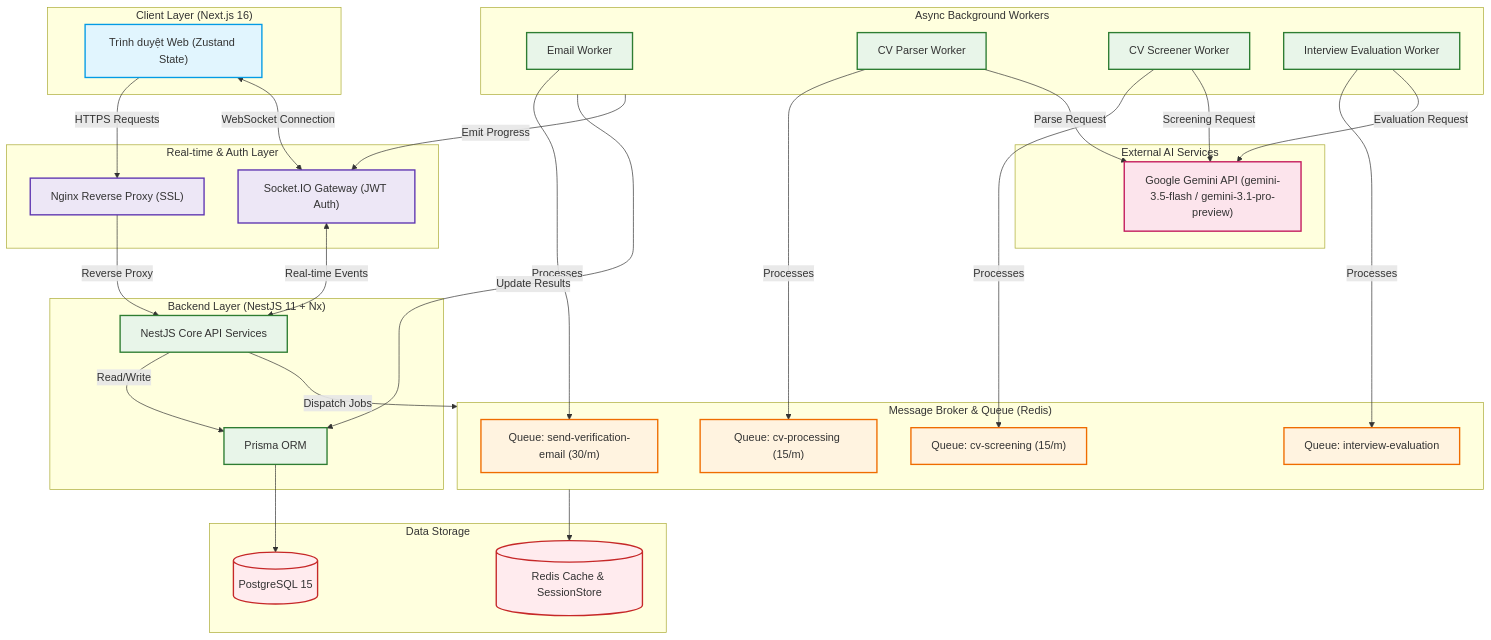
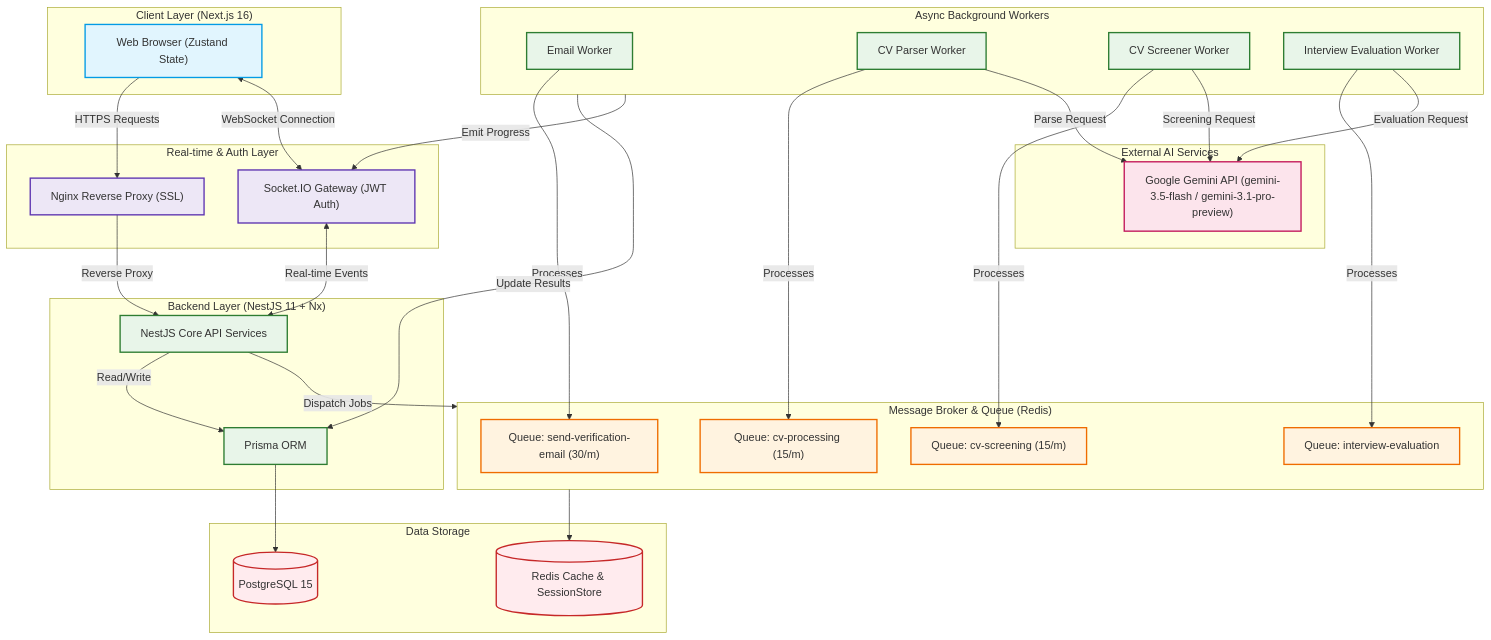
Before and after one commit to quangtienngo661/ats-platform: the diagram in README.md, drawn with Mermaid. The commit also changed other lines of this file, not shown here.

````diff
--- a/README.md
+++ b/README.md
@@ -51,72 +52,72 @@
 ```mermaid
 graph TD
     %% Styling
     classDef client fill:#e1f5fe,stroke:#039be5,stroke-width:2px;
     classDef gateway fill:#ede7f6,stroke:#5e35b1,stroke-width:2px;
     classDef api fill:#e8f5e9,stroke:#2e7d32,stroke-width:2px;
     classDef queue fill:#fff3e0,stroke:#ef6c00,stroke-width:2px;
     classDef db fill:#ffebee,stroke:#c62828,stroke-width:2px;
     classDef external fill:#fce4ec,stroke:#c2185b,stroke-width:2px;
 
     %% Nodes
     subgraph Client ["Client Layer (Next.js 16)"]
-        Browser["Trình duyệt Web (Zustand State)"]:::client
+        Browser["Web Browser (Zustand State)"]:::client
     end
 
     subgraph Gateway ["Real-time & Auth Layer"]
         Nginx["Nginx Reverse Proxy (SSL)"]:::gateway
         SocketIO["Socket.IO Gateway (JWT Auth)"]:::gateway
     end
 
     subgraph Backend ["Backend Layer (NestJS 11 + Nx)"]
         API["NestJS Core API Services"]:::api
         DB_Prisma["Prisma ORM"]:::api
     end
 
     subgraph Broker ["Message Broker & Queue (Redis)"]
         Queue_Verify["Queue: send-verification-email (30/m)"]:::queue
         Queue_Parse["Queue: cv-processing (15/m)"]:::queue
         Queue_Screen["Queue: cv-screening (15/m)"]:::queue
         Queue_Interview["Queue: interview-evaluation"]:::queue
     end
 
     subgraph Workers ["Async Background Workers"]
         Worker_Verify["Email Worker"]:::api
         Worker_Parse["CV Parser Worker"]:::api
         Worker_Screen["CV Screener Worker"]:::api
         Worker_Interview["Interview Evaluation Worker"]:::api
     end
 
     subgraph Database ["Data Storage"]
         Postgres[(PostgreSQL 15)]:::db
         Redis[(Redis Cache & SessionStore)]:::db
     end
 
     subgraph AI ["External AI Services"]
         Gemini["Google Gemini API (gemini-3.5-flash / gemini-3.1-pro-preview)"]:::external
     end
 
     %% Connections
     Browser -->|HTTPS Requests| Nginx
     Nginx -->|Reverse Proxy| API
     Browser <-->|WebSocket Connection| SocketIO
     SocketIO <-->|Real-time Events| API
     
     API -->|Read/Write| DB_Prisma
     DB_Prisma --> Postgres
     
     API -->|Dispatch Jobs| Broker
     Broker --> Redis
     
     Worker_Verify -->|Processes| Queue_Verify
     Worker_Parse -->|Processes| Queue_Parse
     Worker_Screen -->|Processes| Queue_Screen
     Worker_Interview -->|Processes| Queue_Interview
     
     Worker_Parse -->|Parse Request| Gemini
     Worker_Screen -->|Screening Request| Gemini
     Worker_Interview -->|Evaluation Request| Gemini
     
     Workers -->|Update Results| DB_Prisma
     Workers -->|Emit Progress| SocketIO
 ```
````
